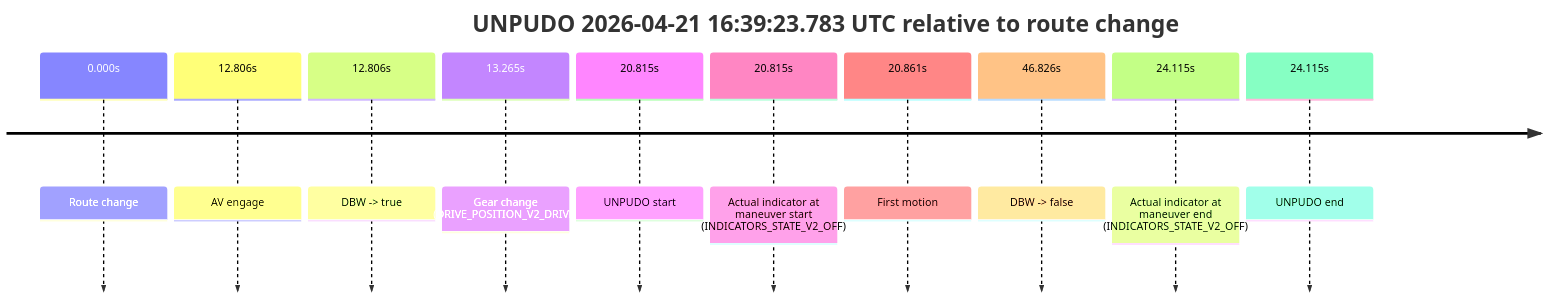
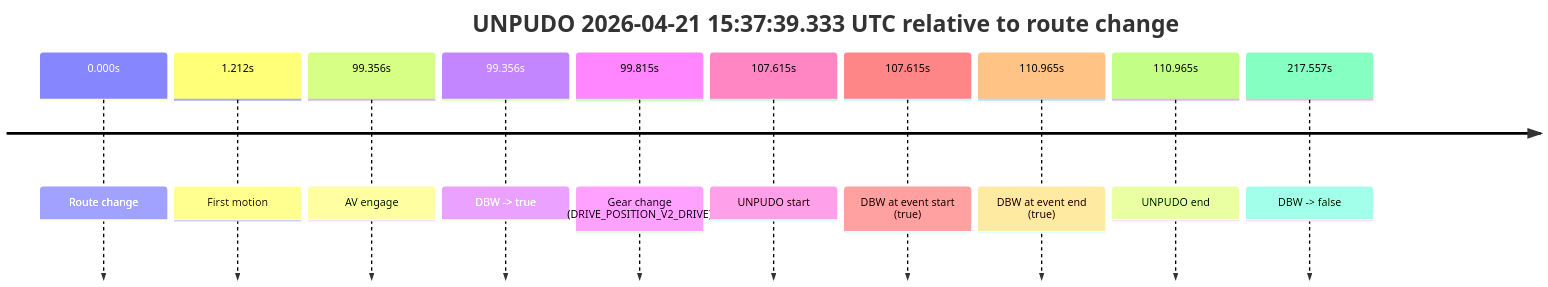
Before and after one commit to yoelshapiro/vault: the sixth of 14 diagrams in model_analysis/report_cards/2026/04/Week-4/fme20032--2026-04-21--14-17-54--gen2-av-cae1b391-dab2-4ad8-8f3a-0c5f0814d292.md, drawn with Mermaid. The commit also changed other lines of this file and 2 other files, not shown here.

````diff
--- a/model_analysis/report_cards/2026/04/Week-4/fme20032--2026-04-21--14-17-54--gen2-av-cae1b391-dab2-4ad8-8f3a-0c5f0814d292.md
+++ b/model_analysis/report_cards/2026/04/Week-4/fme20032--2026-04-21--14-17-54--gen2-av-cae1b391-dab2-4ad8-8f3a-0c5f0814d292.md
@@ -373,14 +496,14 @@
 ```mermaid
 timeline
-    title UNPUDO 2026-04-21 16:39:23.783 UTC relative to route change
+    title UNPUDO 2026-04-21 15:37:39.333 UTC relative to route change
     0.000s : Route change
-    12.806s : AV engage
-    12.806s : DBW -> true
-    13.265s : Gear change (DRIVE_POSITION_V2_DRIVE)
-    20.815s : UNPUDO start
-    20.815s : Actual indicator at maneuver start (INDICATORS_STATE_V2_OFF)
-    20.861s : First motion
-    46.826s : DBW -> false
-    24.115s : Actual indicator at maneuver end (INDICATORS_STATE_V2_OFF)
-    24.115s : UNPUDO end
+    1.212s : First motion
+    99.356s : AV engage
+    99.356s : DBW -> true
+    99.815s : Gear change (DRIVE_POSITION_V2_DRIVE)
+    107.615s : UNPUDO start
+    107.615s : DBW at event start (true)
+    110.965s : DBW at event end (true)
+    110.965s : UNPUDO end
+    217.557s : DBW -> false
 ```
````
